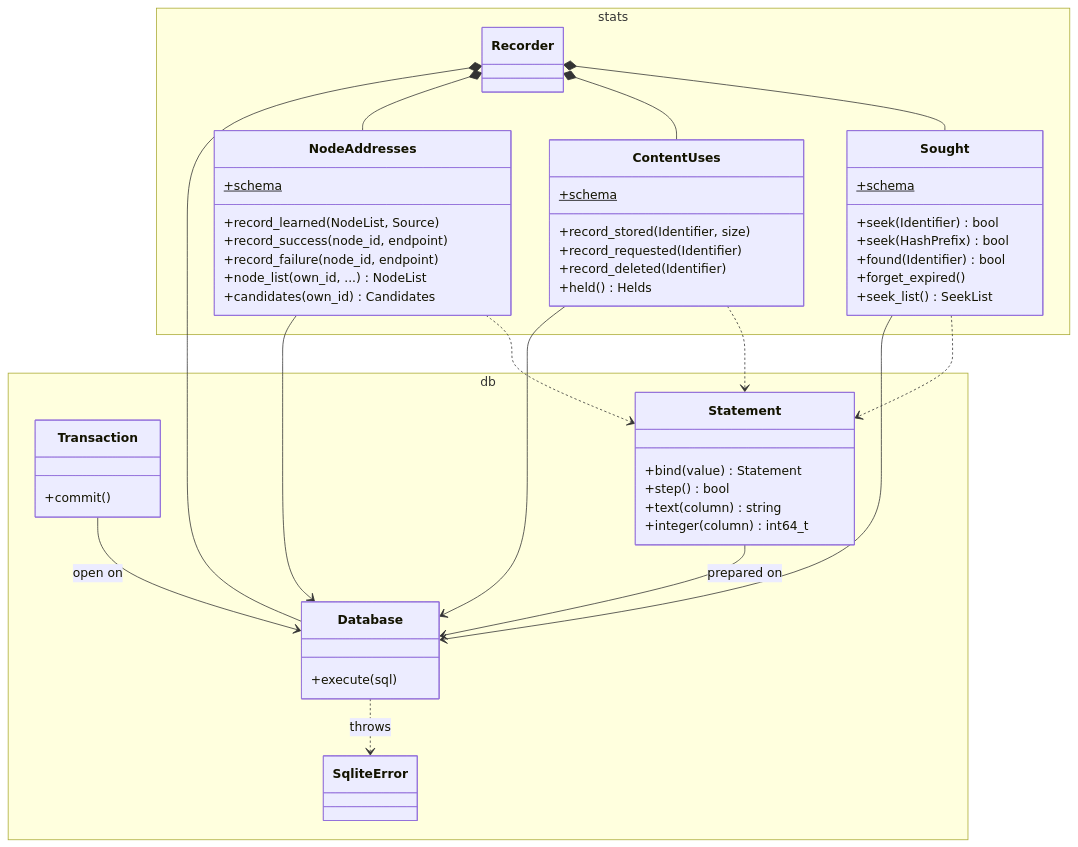
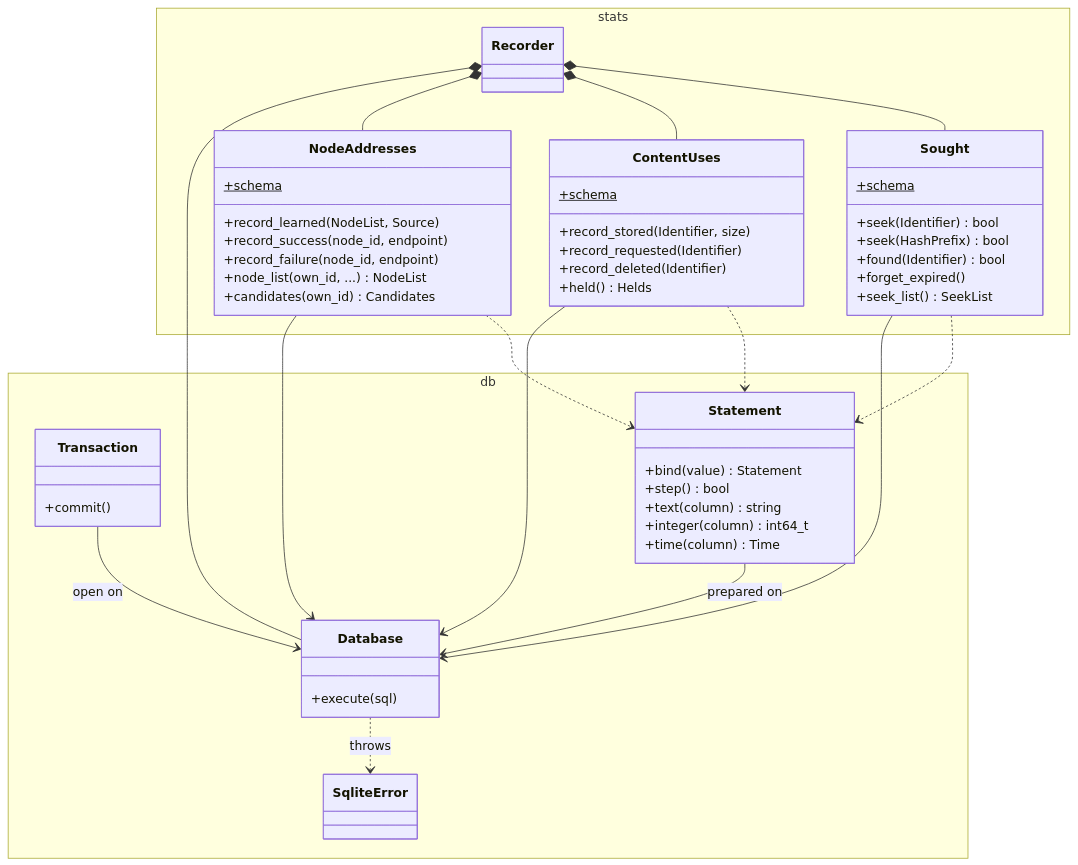
One commit to marcpage/libranet changed the tenth of 17 diagrams in cpp/docs/Overview.md. Above: the diagram before and after it, drawn with Mermaid. The commit also changed other lines of this file and 22 other files, not shown here.

````diff
--- a/cpp/docs/Overview.md
+++ b/cpp/docs/Overview.md
@@ -833,59 +835,60 @@
 ```mermaid
 classDiagram
     direction TB
     namespace stats {
         class Recorder
         class NodeAddresses {
             +schema$
             +record_learned(NodeList, Source)
             +record_success(node_id, endpoint)
             +record_failure(node_id, endpoint)
             +node_list(own_id, ...) NodeList
             +candidates(own_id) Candidates
         }
         class ContentUses {
             +schema$
             +record_stored(Identifier, size)
             +record_requested(Identifier)
             +record_deleted(Identifier)
             +held() Helds
         }
         class Sought {
             +schema$
             +seek(Identifier) bool
             +seek(HashPrefix) bool
             +found(Identifier) bool
             +forget_expired()
             +seek_list() SeekList
         }
     }
     namespace db {
         class Database {
             +execute(sql)
         }
         class Transaction {
             +commit()
         }
         class Statement {
             +bind(value) Statement
             +step() bool
             +text(column) string
             +integer(column) int64_t
+            +time(column) Time
         }
         class SqliteError
     }
 
     Recorder *-- Database
     Recorder *-- NodeAddresses
     Recorder *-- ContentUses
     Recorder *-- Sought
     NodeAddresses --> Database
     ContentUses --> Database
     Sought --> Database
     NodeAddresses ..> Statement
     ContentUses ..> Statement
     Sought ..> Statement
     Statement --> Database : prepared on
     Transaction --> Database : open on
     Database ..> SqliteError : throws
 ```
````
